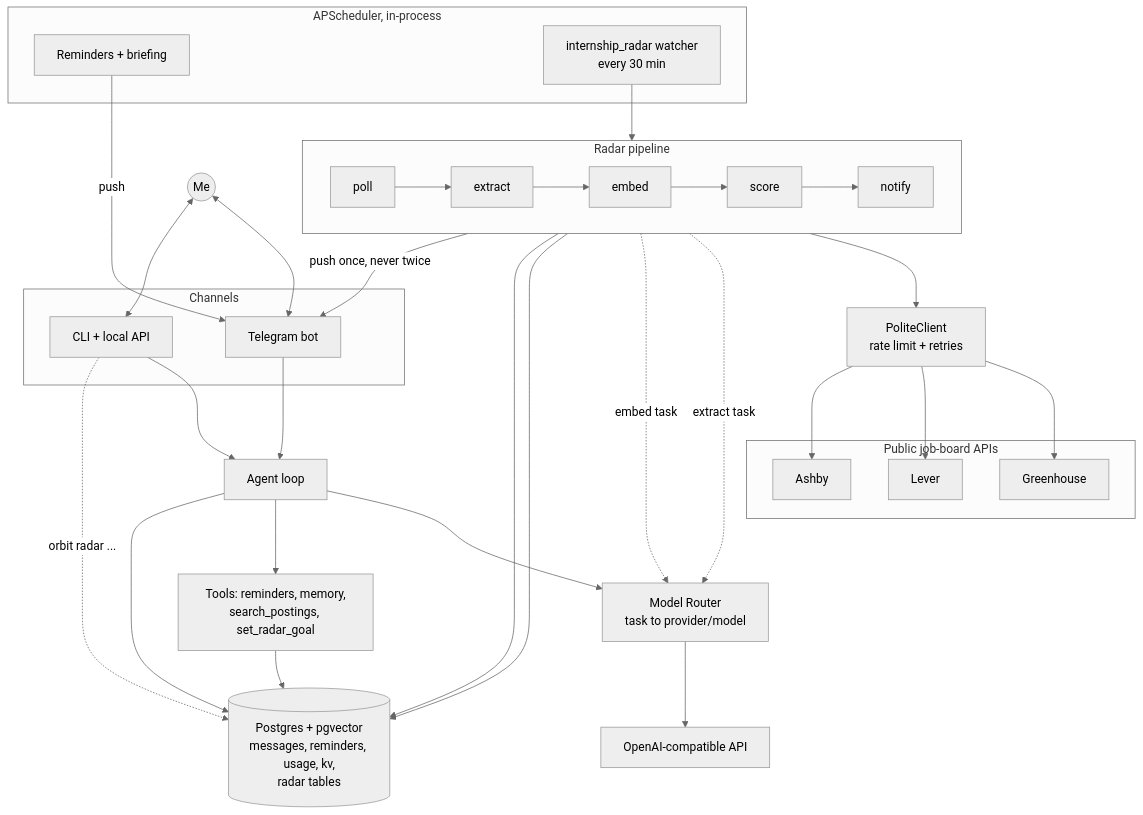
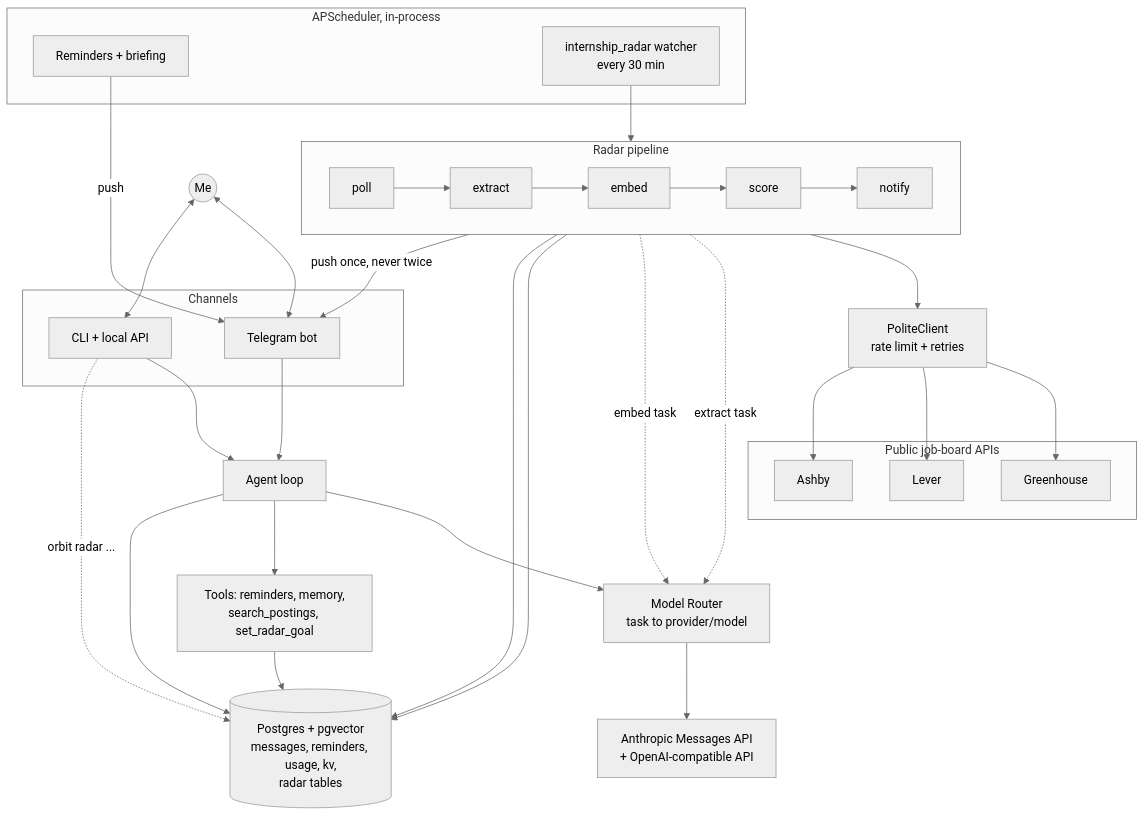
The diagram in README.md (xy9iao/orbit-agent), drawn with Mermaid (neutral theme) before and after one commit. The commit also changed other lines of this file and 12 other files, not shown here.

````diff
--- a/README.md
+++ b/README.md
@@ -44,56 +44,56 @@
 ```mermaid
 flowchart TB
     me(("Me"))
 
     subgraph channels["Channels"]
         tg["Telegram bot"]
         cli["CLI + local API"]
     end
 
     agent["Agent loop"]
     tools["Tools: reminders, memory,<br/>search_postings, set_radar_goal"]
     router["Model Router<br/>task to provider/model"]
-    llm["OpenAI-compatible API"]
+    llm["Anthropic Messages API<br/>+ OpenAI-compatible API"]
 
     subgraph sched["APScheduler, in-process"]
         jobs["Reminders + briefing"]
         watcher["internship_radar watcher<br/>every 30 min"]
     end
 
     subgraph pipeline["Radar pipeline"]
         direction LR
         poll["poll"] --> extract["extract"] --> embed["embed"] --> score["score"] --> notify["notify"]
     end
 
     subgraph boards["Public job-board APIs"]
         gh["Greenhouse"]
         lv["Lever"]
         ab["Ashby"]
     end
 
     polite["PoliteClient<br/>rate limit + retries"]
     db[("Postgres + pgvector<br/>messages, reminders, usage, kv,<br/>radar tables")]
 
     me <--> tg
     me <--> cli
     tg --> agent
     cli --> agent
     agent --> router
     router --> llm
     agent --> tools
     agent --> db
     tools --> db
     cli -.->|"orbit radar ..."| db
 
     watcher --> poll
     poll --> polite
     polite --> gh
     polite --> lv
     polite --> ab
     extract -.->|"extract task"| router
     embed -.->|"embed task"| router
     poll --> db
     score --> db
     notify -->|"push once, never twice"| tg
     jobs -->|"push"| tg
 ```
````
